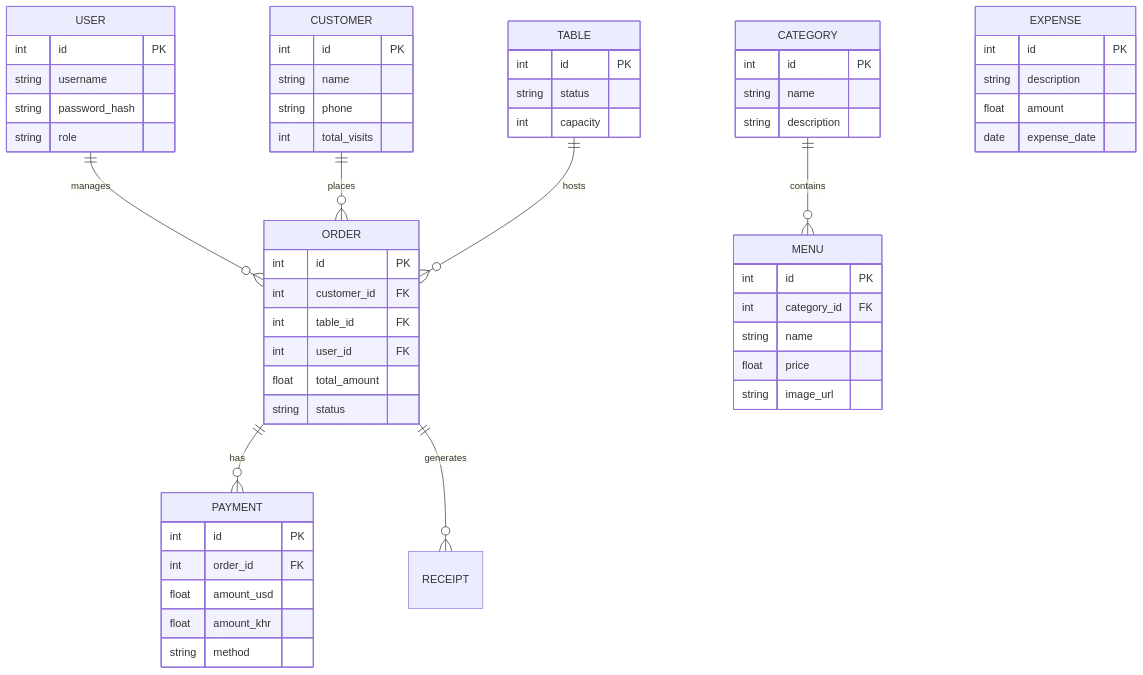
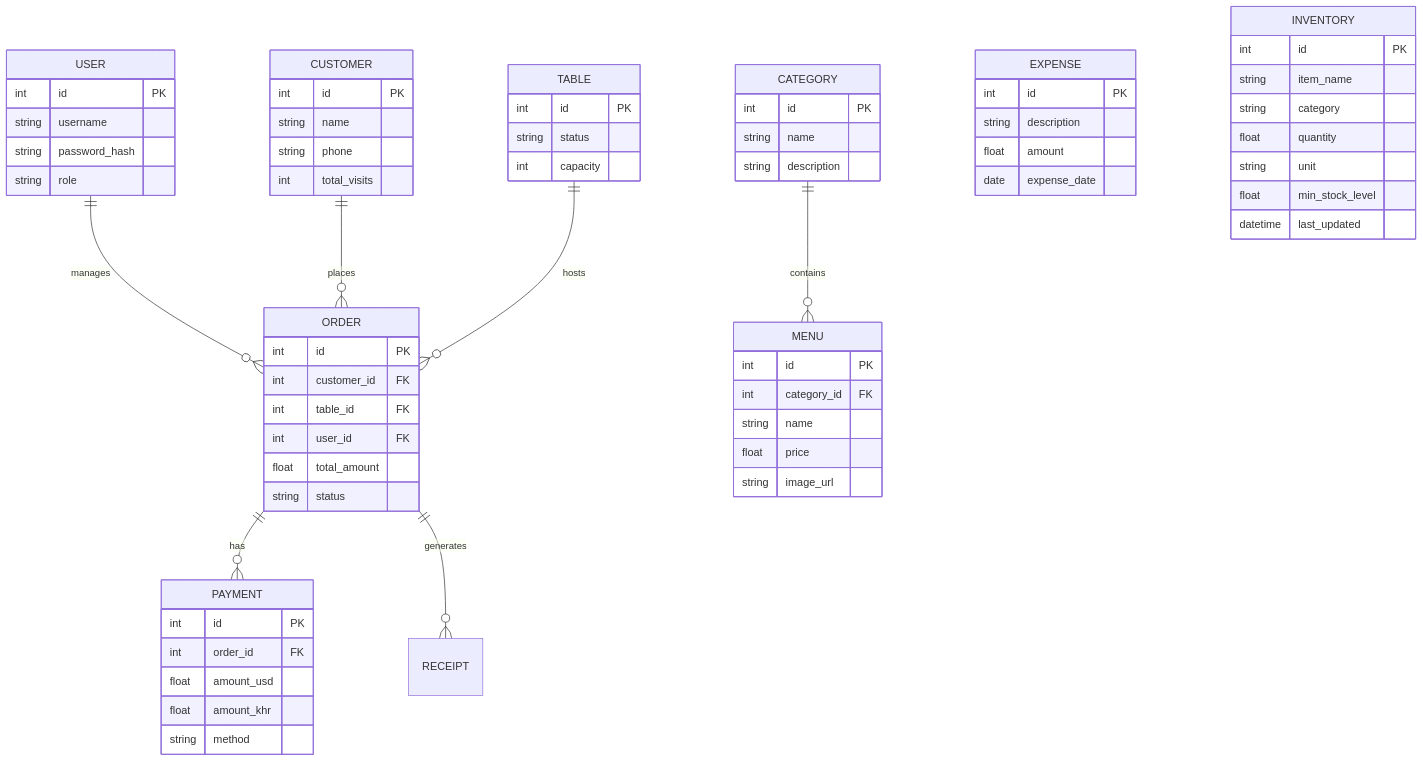
Before and after one commit to itachi1920x1080/Coffee-Shop-Management-System: the second of 3 diagrams in analysis_diagrams.md, drawn with Mermaid. The commit also changed other lines of this file and 18 other files, not shown here.

Commit message:
feat: add Inventory management, Cash Flow charts, Profile settings, and update diagrams

````diff
--- a/analysis_diagrams.md
+++ b/analysis_diagrams.md
@@ -47,66 +50,76 @@
 ```mermaid
 erDiagram
     USER ||--o{ ORDER : manages
     USER {
         int id PK
         string username
         string password_hash
         string role
     }
     
     CATEGORY ||--o{ MENU : contains
     CATEGORY {
         int id PK
         string name
         string description
     }
     
     MENU {
         int id PK
         int category_id FK
         string name
         float price
         string image_url
     }
     
     CUSTOMER ||--o{ ORDER : places
     CUSTOMER {
         int id PK
         string name
         string phone
         int total_visits
     }
     
     TABLE ||--o{ ORDER : hosts
     TABLE {
         int id PK
         string status
         int capacity
     }
     
     ORDER ||--o{ PAYMENT : has
     ORDER ||--o{ RECEIPT : generates
     ORDER {
         int id PK
         int customer_id FK
         int table_id FK
         int user_id FK
         float total_amount
         string status
     }
     
     PAYMENT {
         int id PK
         int order_id FK
         float amount_usd
         float amount_khr
         string method
     }
     
     EXPENSE {
         int id PK
         string description
         float amount
         date expense_date
     }
+    
+    INVENTORY {
+        int id PK
+        string item_name
+        string category
+        float quantity
+        string unit
+        float min_stock_level
+        datetime last_updated
+    }
 ```
````
